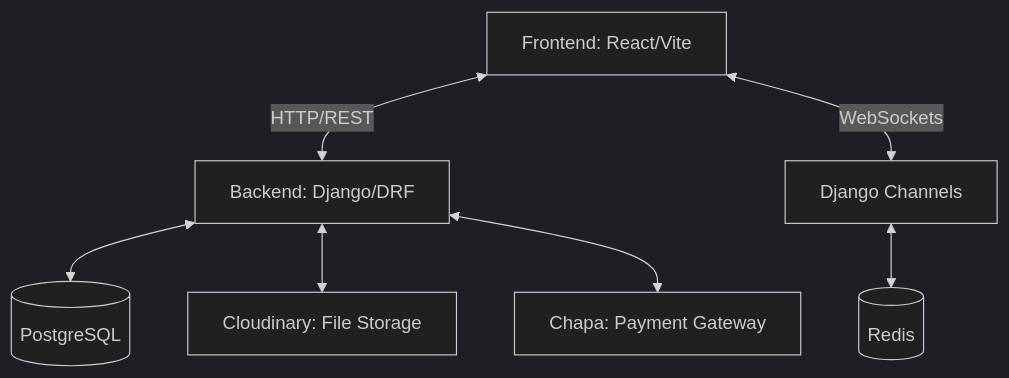
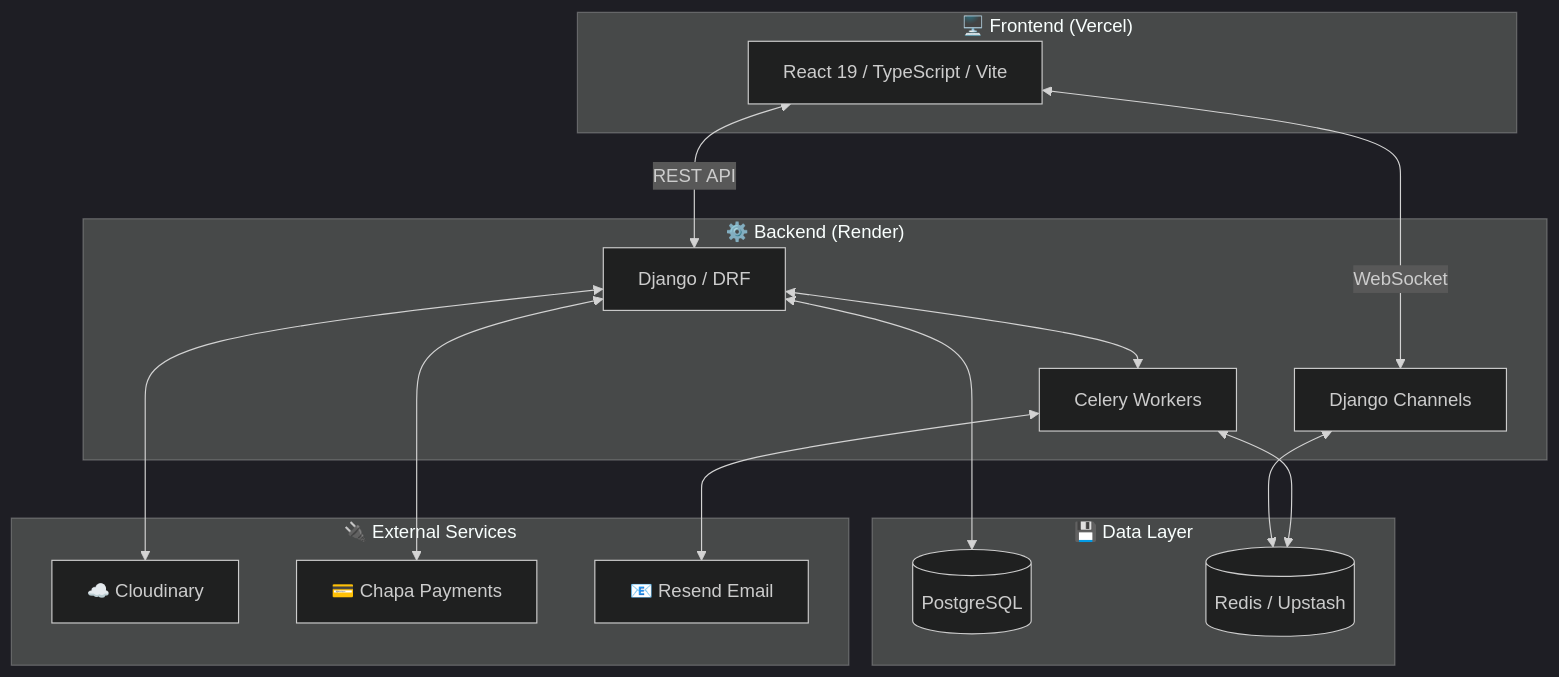
One commit to ashenafi-16/StudyBuddy changed the diagram in README.md. Above: the diagram before and after it, drawn with Mermaid (dark theme). The commit also changed other lines of this file and 18 other files, not shown here.

````diff
--- a/README.md
+++ b/README.md
@@ -68,9 +156,33 @@
 ```mermaid
 graph TD
-    Client[Frontend: React/Vite] <--> |HTTP/REST| API[Backend: Django/DRF]
-    Client <--> |WebSockets| Channels[Django Channels]
-    API <--> DB[(PostgreSQL)]
-    Channels <--> Redis[(Redis)]
-    API <--> Cloudinary[Cloudinary: File Storage]
-    API <--> Chapa[Chapa: Payment Gateway]
+    subgraph Client ["🖥️ Frontend (Vercel)"]
+        React["React 19 / TypeScript / Vite"]
+    end
+
+    subgraph Server ["⚙️ Backend (Render)"]
+        Django["Django / DRF"]
+        Channels["Django Channels"]
+        Celery["Celery Workers"]
+    end
+
+    subgraph Data ["💾 Data Layer"]
+        PG[(PostgreSQL)]
+        Redis[(Redis / Upstash)]
+    end
+
+    subgraph External ["🔌 External Services"]
+        Cloudinary["☁️ Cloudinary"]
+        Chapa["💳 Chapa Payments"]
+        Resend["📧 Resend Email"]
+    end
+
+    React <-->|REST API| Django
+    React <-->|WebSocket| Channels
+    Django <--> PG
+    Channels <--> Redis
+    Django <--> Celery
+    Celery <--> Redis
+    Django <--> Cloudinary
+    Django <--> Chapa
+    Celery <--> Resend
 ```
````
